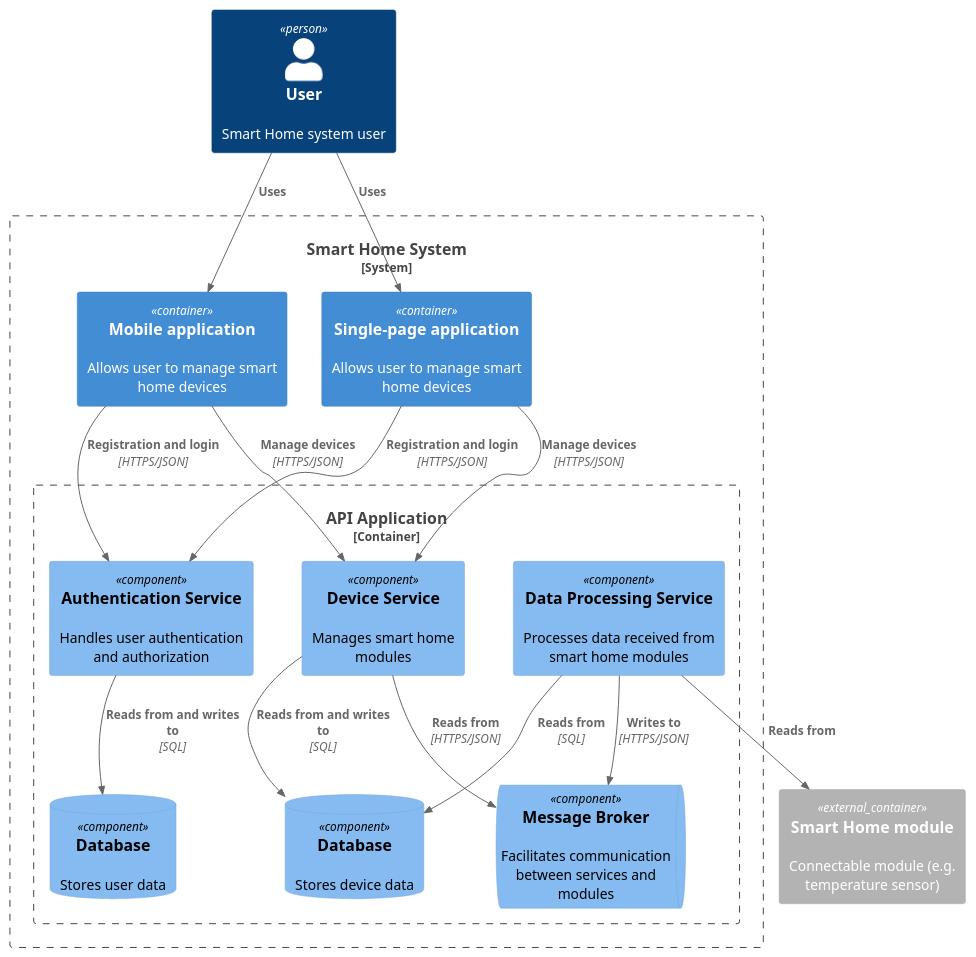
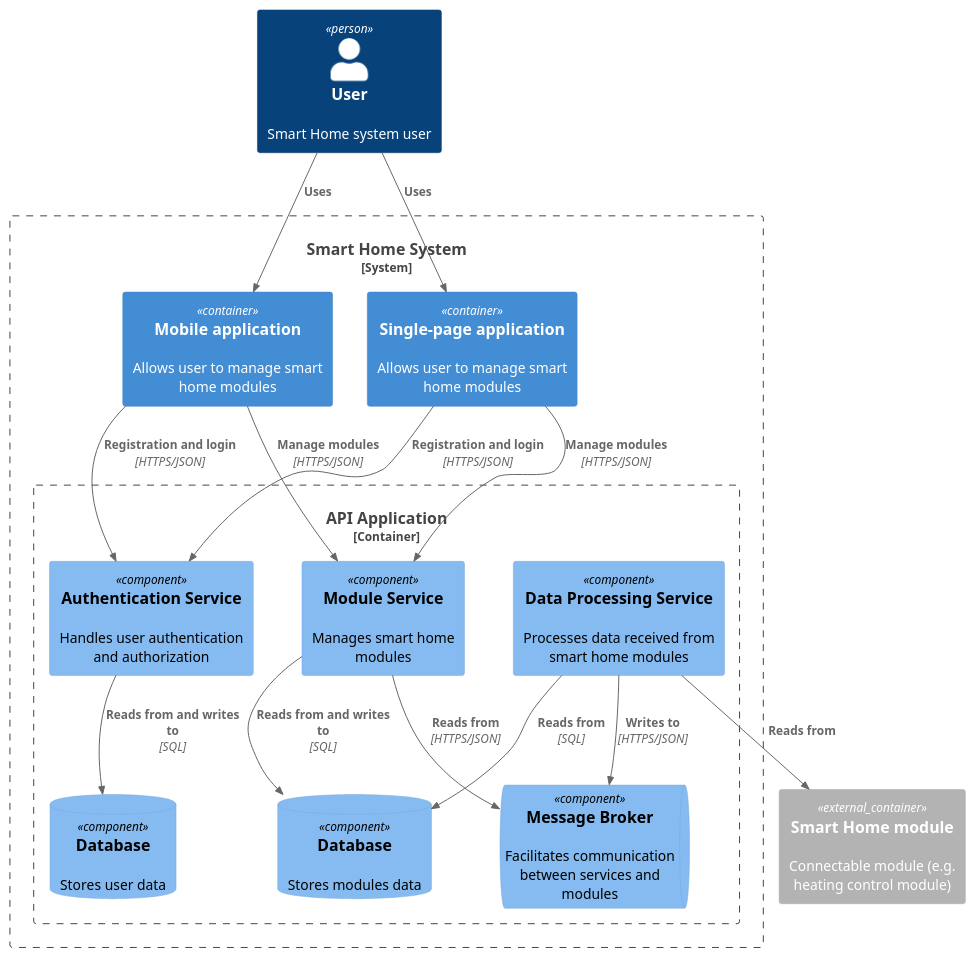
Before and after one commit to Madm1key/architecture-warmhouse: the diagram in diagram/component/SmartHome_Component.puml, drawn with PlantUML. The commit also changed 1 other file, not shown here.

Commit message:
doc: обновлены диаграммы C4 для управления модулями умного дома

```diff
--- a/diagram/component/SmartHome_Component.puml
+++ b/diagram/component/SmartHome_Component.puml
@@ -1,37 +1,41 @@
 @startuml
 !include https://raw.githubusercontent.com/plantuml-stdlib/C4-PlantUML/master/C4_Component.puml
 
 Person(user, "User", "Smart Home system user")
 
 System_Boundary(s, "Smart Home System") {
-  Container(mobileApp, "Mobile application", $descr="Allows user to manage smart home devices")
-  Container(spa, "Single-page application", $descr="Allows user to manage smart home devices")
+  Container(mobileApp, "Mobile application", $descr="Allows user to manage smart home modules")
+  Container(spa, "Single-page application", $descr="Allows user to manage smart home modules")
+
   Container_Boundary(app, "API Application") {
     Component(dataProc, "Data Processing Service", $descr="Processes data received from smart home modules")
     Component(auth, "Authentication Service", $descr="Handles user authentication and authorization")
-    Component(device, "Device Service", $descr="Manages smart home modules")
+    Component(moduleService, "Module Service", $descr="Manages smart home modules")
+
     ComponentQueue(broker, "Message Broker", $descr="Facilitates communication between services and modules")
+
     ComponentDb(userDb, "Database", $descr="Stores user data")
-    ComponentDb(deviceDb, "Database", $descr="Stores device data")
+    ComponentDb(moduleDb, "Database", $descr="Stores modules data")
   }
+
 }
 
-Container_Ext(module, "Smart Home module", $descr="Connectable module (e.g. temperature sensor)")
+Container_Ext(module, "Smart Home module", $descr="Connectable module (e.g. heating control module)")
 
 Rel(user, mobileApp, "Uses")
 Rel(user, spa, "Uses")
 
 Rel(mobileApp, auth, "Registration and login", "HTTPS/JSON")
 Rel(spa, auth, "Registration and login", "HTTPS/JSON")
-Rel(mobileApp, device, "Manage devices", "HTTPS/JSON")
-Rel(spa, device, "Manage devices", "HTTPS/JSON")
+Rel(mobileApp, moduleService, "Manage modules", "HTTPS/JSON")
+Rel(spa, moduleService, "Manage modules", "HTTPS/JSON")
 
 Rel(dataProc, module, "Reads from")
+Rel(dataProc, broker, "Writes to",  "HTTPS/JSON")
+Rel(dataProc, moduleDb, "Reads from", "SQL")
 
-Rel(dataProc, broker, "Writes to",  "HTTPS/JSON")
-Rel(device, broker, "Reads from", "HTTPS/JSON")
+Rel(moduleService, broker, "Reads from", "HTTPS/JSON")
+Rel(moduleService, moduleDb, "Reads from and writes to", "SQL")
 
 Rel(auth, userDb, "Reads from and writes to", "SQL")
-Rel(device, deviceDb, "Reads from and writes to", "SQL")
-Rel(dataProc, deviceDb, "Reads from", "SQL")
 @enduml
```
